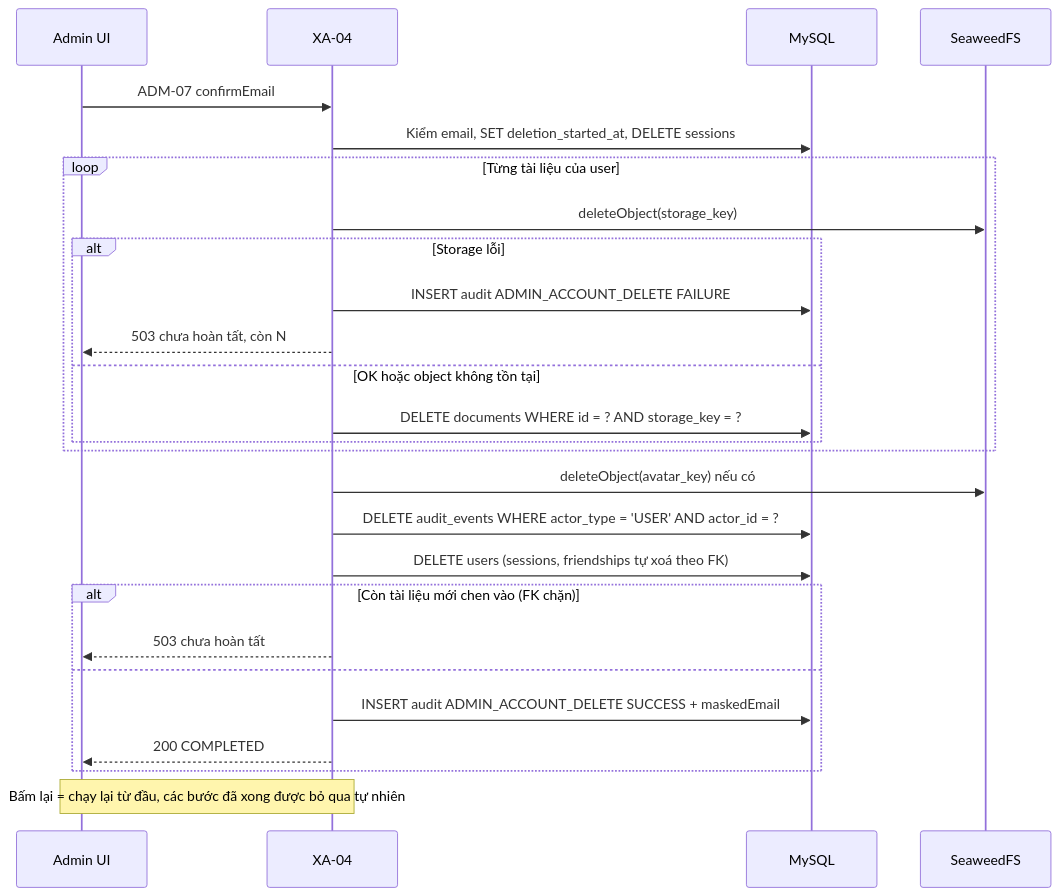
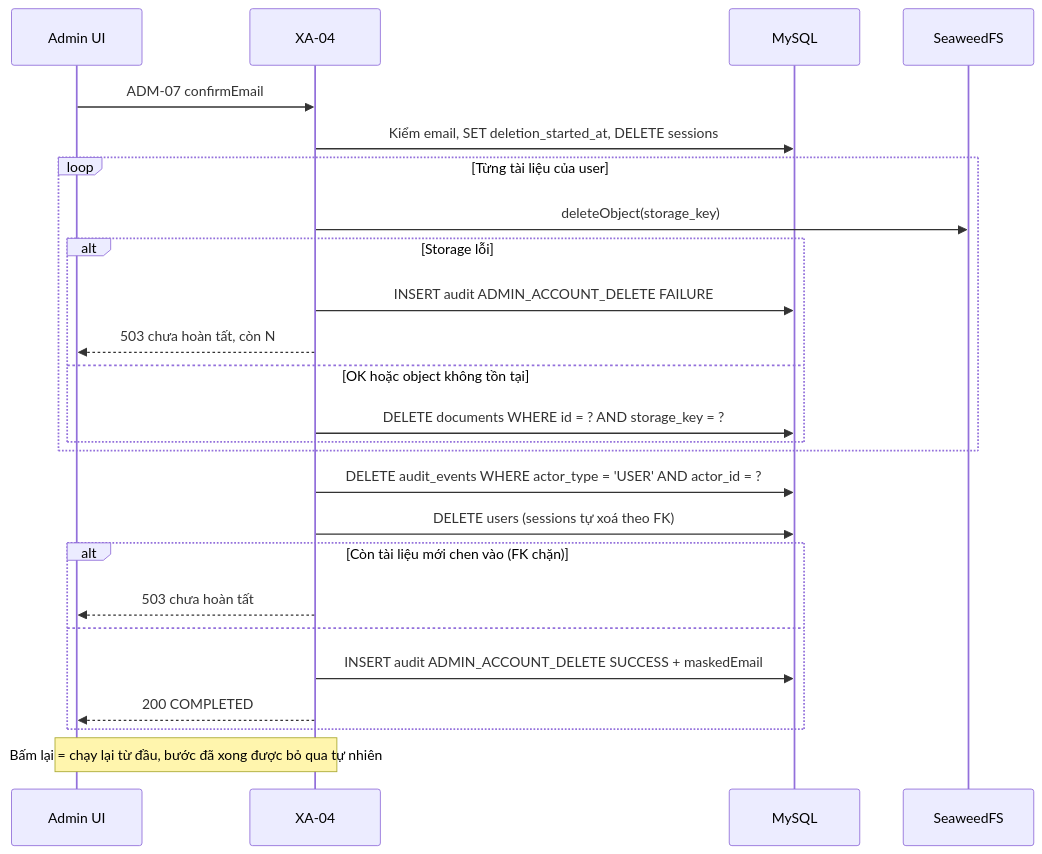
Before and after one commit to august0362/btl_cloud: diagram 15 of 15 in docs/ARCHITECTURE.md, drawn with Mermaid. The commit also changed other lines of this file and 9 other files, not shown here.

````diff
--- a/docs/ARCHITECTURE.md
+++ b/docs/ARCHITECTURE.md
@@ -2993,28 +1269,27 @@
 ```mermaid
 sequenceDiagram
   participant A as Admin UI
   participant S as XA-04
   participant D as MySQL
   participant O as SeaweedFS
   A->>S: ADM-07 confirmEmail
   S->>D: Kiểm email, SET deletion_started_at, DELETE sessions
   loop Từng tài liệu của user
     S->>O: deleteObject(storage_key)
     alt Storage lỗi
       S->>D: INSERT audit ADMIN_ACCOUNT_DELETE FAILURE
       S-->>A: 503 chưa hoàn tất, còn N
     else OK hoặc object không tồn tại
       S->>D: DELETE documents WHERE id = ? AND storage_key = ?
     end
   end
-  S->>O: deleteObject(avatar_key) nếu có
   S->>D: DELETE audit_events WHERE actor_type = 'USER' AND actor_id = ?
-  S->>D: DELETE users (sessions, friendships tự xoá theo FK)
+  S->>D: DELETE users (sessions tự xoá theo FK)
   alt Còn tài liệu mới chen vào (FK chặn)
     S-->>A: 503 chưa hoàn tất
   else
     S->>D: INSERT audit ADMIN_ACCOUNT_DELETE SUCCESS + maskedEmail
     S-->>A: 200 COMPLETED
   end
-  Note over A,S: Bấm lại = chạy lại từ đầu, các bước đã xong được bỏ qua tự nhiên
+  Note over A,S: Bấm lại = chạy lại từ đầu, bước đã xong được bỏ qua tự nhiên
 ```
````
